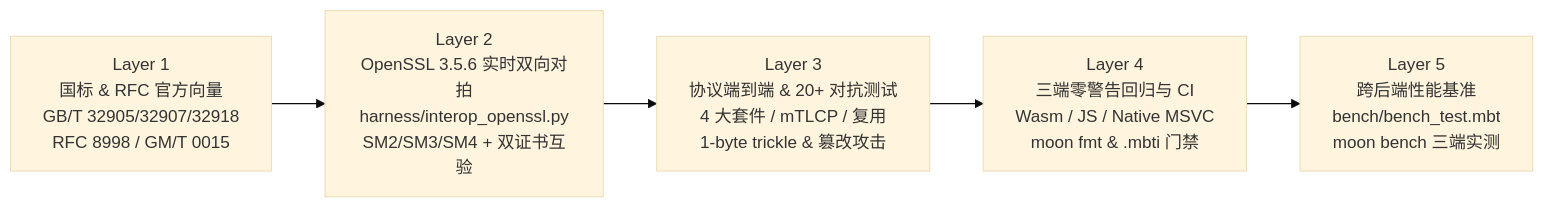
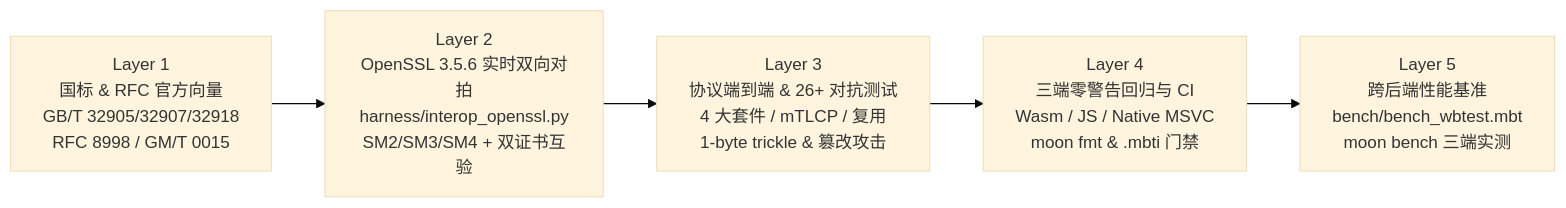
Before and after one commit to CoolrfulDARkness/moontlcp: the diagram in docs/VERIFICATION_LOG.md, drawn with Mermaid (base theme). The commit also changed other lines of this file and 16 other files, not shown here.

````diff
--- a/docs/VERIFICATION_LOG.md
+++ b/docs/VERIFICATION_LOG.md
@@ -11,10 +11,10 @@
 ```mermaid
 flowchart LR
     L1["Layer 1\n国标 & RFC 官方向量\nGB/T 32905/32907/32918\nRFC 8998 / GM/T 0015"]
     L2["Layer 2\nOpenSSL 3.5.6 实时双向对拍\nharness/interop_openssl.py\nSM2/SM3/SM4 + 双证书互验"]
-    L3["Layer 3\n协议端到端 & 20+ 对抗测试\n4 大套件 / mTLCP / 复用\n1-byte trickle & 篡改攻击"]
+    L3["Layer 3\n协议端到端 & 26+ 对抗测试\n4 大套件 / mTLCP / 复用\n1-byte trickle & 篡改攻击"]
     L4["Layer 4\n三端零警告回归与 CI\nWasm / JS / Native MSVC\nmoon fmt & .mbti 门禁"]
-    L5["Layer 5\n跨后端性能基准\nbench/bench_test.mbt\nmoon bench 三端实测"]
+    L5["Layer 5\n跨后端性能基准\nbench/bench_wbtest.mbt\nmoon bench 三端实测"]
 
     L1 --> L2 --> L3 --> L4 --> L5
 ```
````
